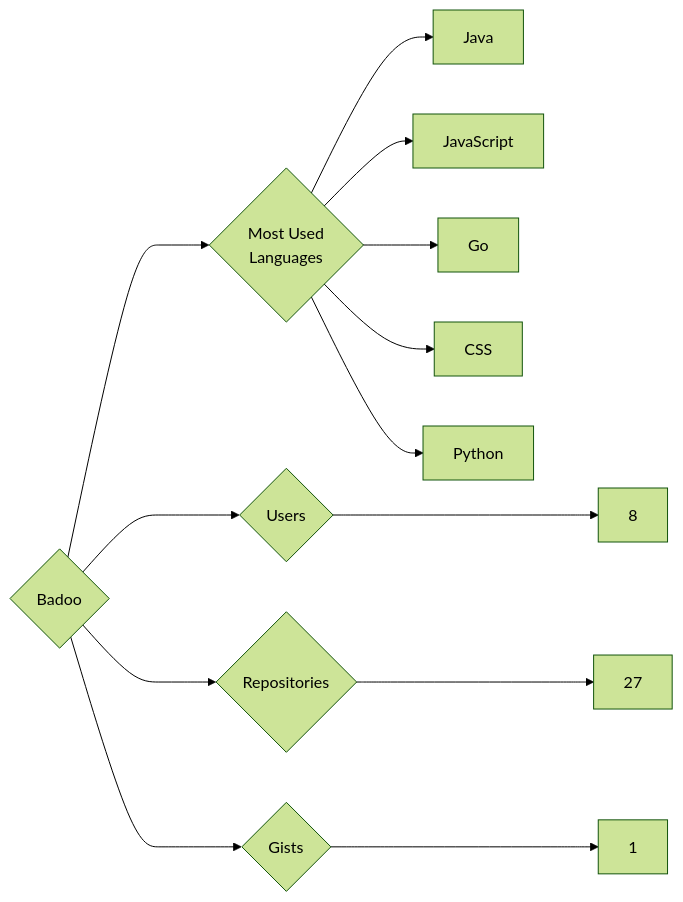
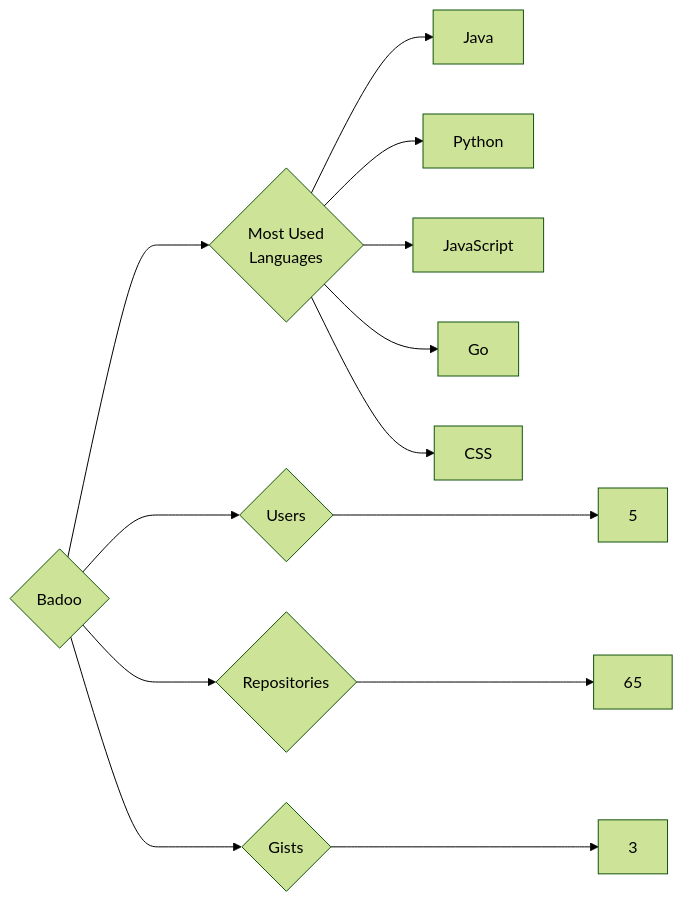
One commit to trickest/insiders changed the diagram in targets/Badoo/README.md. Above: the diagram before and after it, drawn with Mermaid (forest theme). The commit also changed 942 other files, not shown here.

````diff
--- a/targets/Badoo/README.md
+++ b/targets/Badoo/README.md
@@ -3,13 +3,13 @@
 ```mermaid
 graph LR
 COMPANY_NAME{Badoo}
-COMPANY_NAME ---> U{Users} ---> UN[8]
-COMPANY_NAME ---> R{Repositories} ---> RN[27]
-COMPANY_NAME ---> G{Gists} ---> GN[1]
+COMPANY_NAME ---> U{Users} ---> UN[5]
+COMPANY_NAME ---> R{Repositories} ---> RN[65]
+COMPANY_NAME ---> G{Gists} ---> GN[3]
 COMPANY_NAME ---> ML{Most Used<br>Languages}
 ML --> Java[Java]
+ML --> Python[Python]
 ML --> JavaScript[JavaScript]
 ML --> Go[Go]
 ML --> CSS[CSS]
-ML --> Python[Python]
 ```
````
